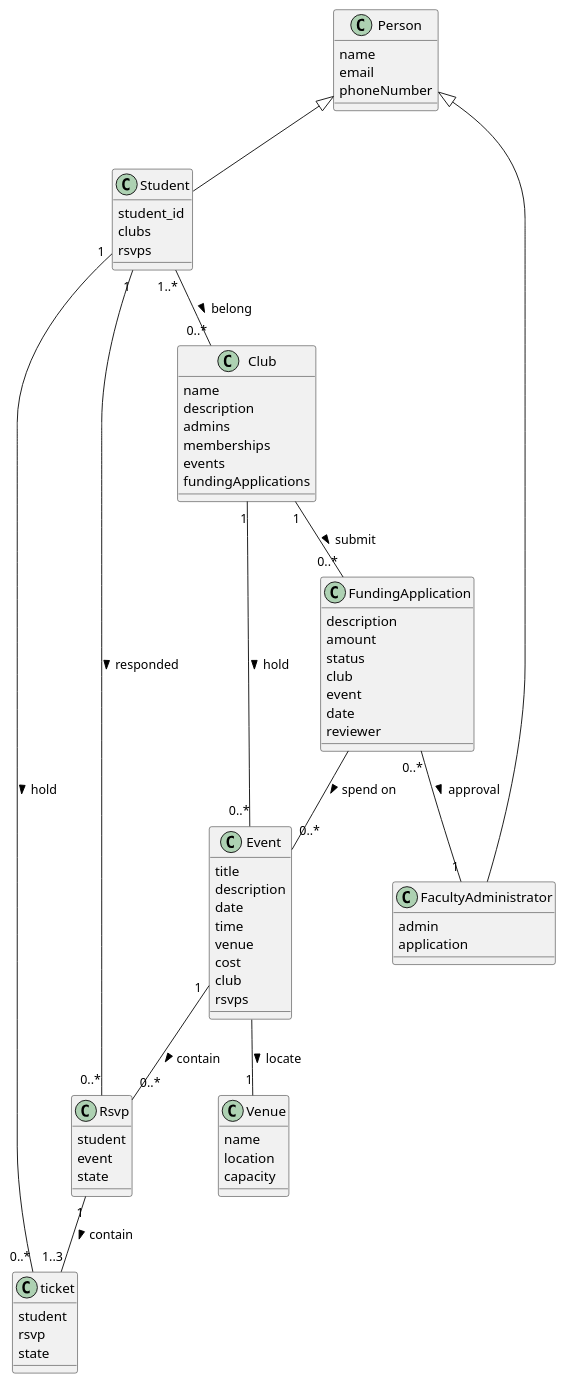
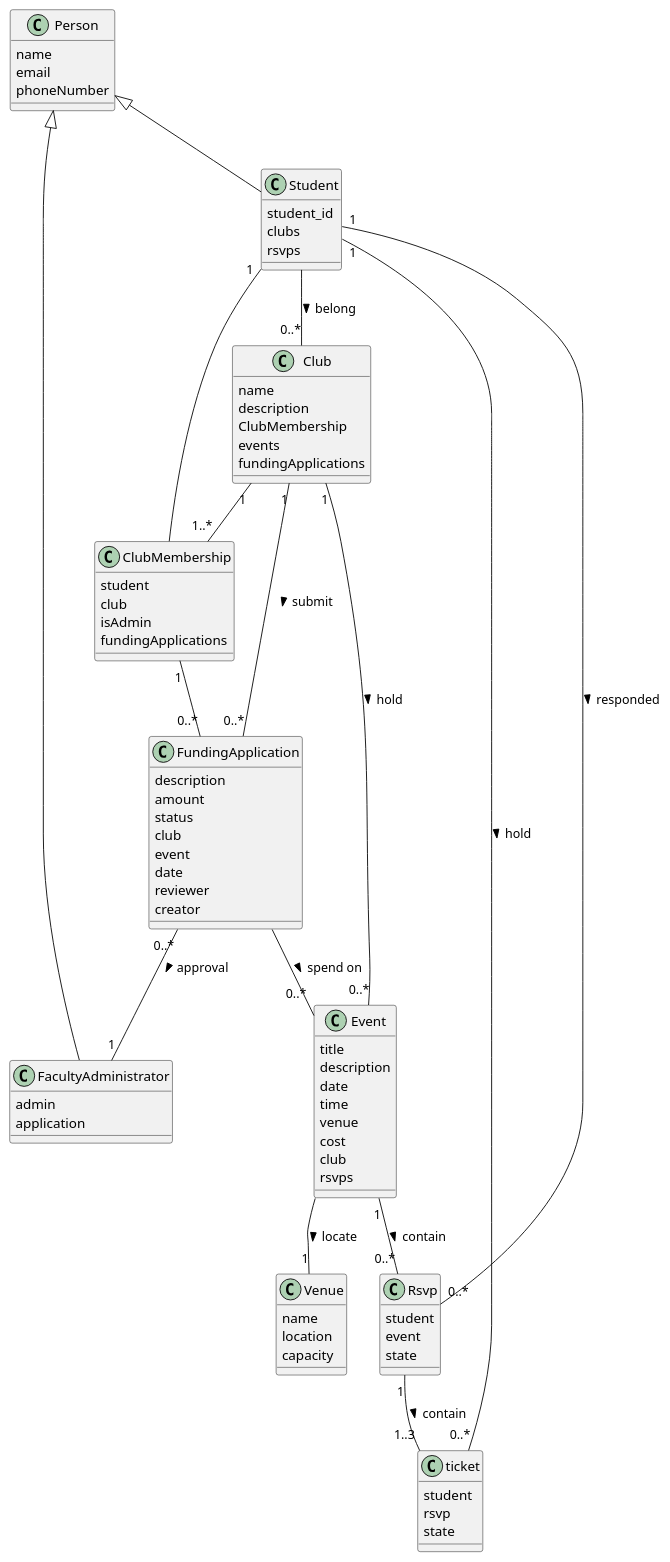
One commit to lvyl9909/ClubManagementSystem changed the diagram in docs/part1/domain_model.puml. Above: the diagram before and after it, drawn with PlantUML.

Commit message:
update domain model v2

```diff
--- a/docs/part1/domain_model.puml
+++ b/docs/part1/domain_model.puml
@@ -1,78 +1,89 @@
 @startuml 123
 class Person{
     name
     email
     phoneNumber
 }
 
 class Student{
     student_id
     clubs
     rsvps
 }
 
+class ClubMembership{
+    student
+    club
+    isAdmin
+    fundingApplications
+}
+
+
 class FacultyAdministrator{
     admin
     application
 }
 
 class Club{
     name
     description
-    admins
-    memberships
+    ClubMembership
     events
     fundingApplications
 }
 
 class Venue{
     name
     location
     capacity
 }
 
 class Event{
     title
     description
     date
     time
     venue
     cost
     club
     rsvps
 }
 
 class FundingApplication{
     description
     amount
     status
     club
     event
     date
     reviewer
+    creator
 }
 
 class Rsvp{
     student
     event
     state
 }
 
 class ticket{
     student
     rsvp
     state
 }
 Person <|-- Student
 Person <|-- FacultyAdministrator
-Student "1..*" -- "0..*" Club : belong >
+Student  -- "0..*" Club : belong >
 FundingApplication "0..*"--"1" FacultyAdministrator: approval >
 Club "1" -- "0..*" Event : hold >
 Event  -- "1" Venue : locate >
 Student "1" -- "0..*" Rsvp : responded >
 Event "1" -- "0..*" Rsvp : contain >
 Club "1"--"0..*" FundingApplication : submit >
 FundingApplication  -- "0..*" Event : spend on >
 Rsvp "1"--"1..3" ticket : contain >
 Student "1" -- "0..*" ticket: hold >
+Club "1" -- "1..*" ClubMembership
+Student "1"-- ClubMembership
+ClubMembership "1" -- "0..*" FundingApplication
 @enduml
```
